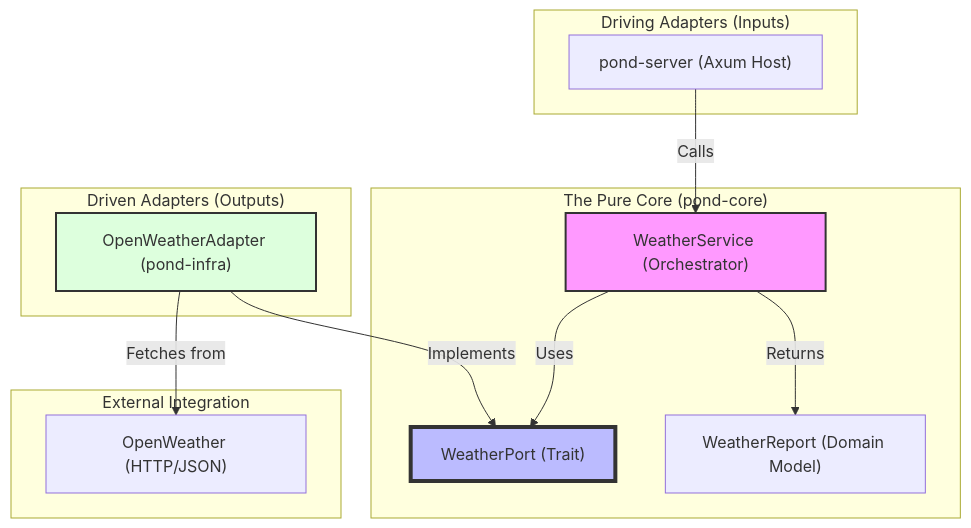
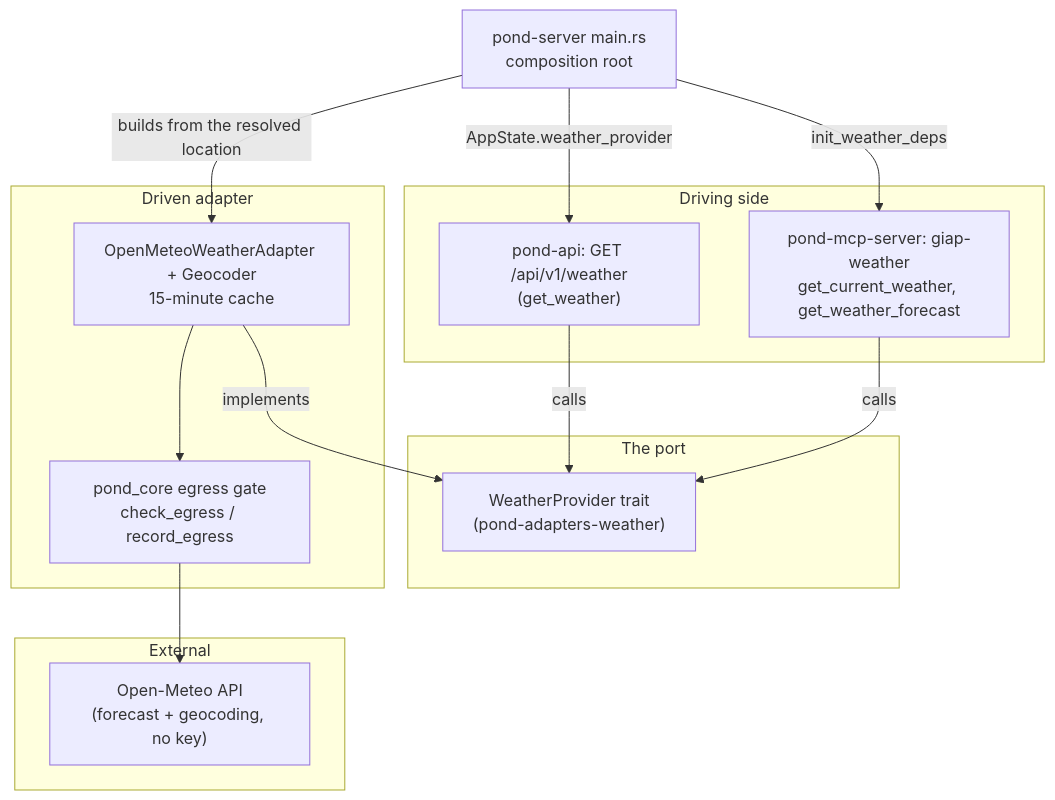
One commit to Exile10/goose-in-a-pond changed the first of 3 diagrams in docs/architecture/visual_workflow.md. Above: the diagram before and after it, drawn with Mermaid. The commit also changed other lines of this file and 14 other files, not shown here.

First line of the commit message:
docs(architecture): describe the turn path, every crate and the three databases

````diff
--- a/docs/architecture/visual_workflow.md
+++ b/docs/architecture/visual_workflow.md
@@ -11,32 +9,30 @@
 ```mermaid
 flowchart TD
-    subgraph "External Integration"
-        OpenWeatherAPI["OpenWeather (HTTP/JSON)"]
+    subgraph External
+        OM["Open-Meteo API<br/>(forecast + geocoding, no key)"]
     end
 
-    subgraph "Driving Adapters (Inputs)"
-        Server["pond-server (Axum Host)"]
+    subgraph Driving["Driving side"]
+        Route["pond-api: GET /api/v1/weather<br/>(get_weather)"]
+        Tool["pond-mcp-server: giap-weather<br/>get_current_weather, get_weather_forecast"]
     end
 
-    subgraph "The Pure Core (pond-core)"
-        Service["WeatherService (Orchestrator)"]
-        Port["WeatherPort (Trait)"]
-        Domain["WeatherReport (Domain Model)"]
+    subgraph Port["The port"]
+        Trait["WeatherProvider trait<br/>(pond-adapters-weather)"]
     end
 
-    subgraph "Driven Adapters (Outputs)"
-        Adapter["OpenWeatherAdapter (pond-infra)"]
+    subgraph Driven["Driven adapter"]
+        Adapter["OpenMeteoWeatherAdapter + Geocoder<br/>15-minute cache"]
+        Egress["pond_core egress gate<br/>check_egress / record_egress"]
     end
 
-    %% Flow of events
-    Server -- "Calls" --> Service
-    Service -- "Uses" --> Port
-    Service -- "Returns" --> Domain
-    Adapter -- "Implements" --> Port
-    Adapter -- "Fetches from" --> OpenWeatherAPI
+    Root["pond-server main.rs<br/>composition root"]
 
-    %% Styling
-    style Service fill:#f9f,stroke:#333,stroke-width:2px
-    style Port fill:#bbf,stroke:#333,stroke-width:4px
-    style Adapter fill:#dfd,stroke:#333,stroke-width:2px
+    Route -- calls --> Trait
+    Tool -- calls --> Trait
+    Adapter -- implements --> Trait
+    Adapter --> Egress --> OM
+    Root -- "builds from the resolved location" --> Adapter
+    Root -- "AppState.weather_provider" --> Route
+    Root -- "init_weather_deps" --> Tool
 ```
````
